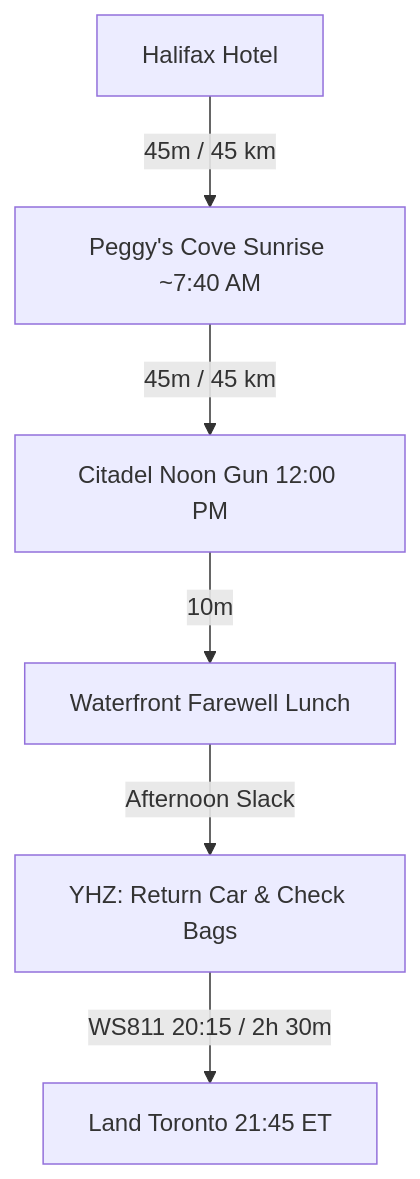
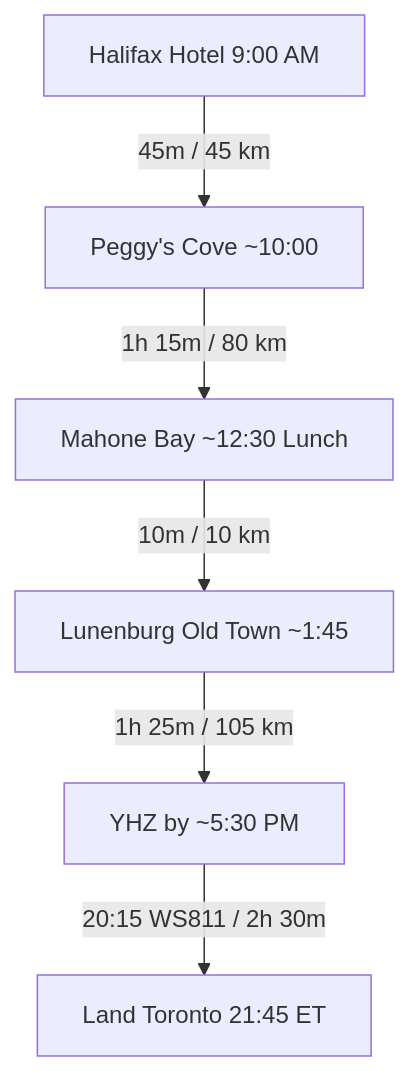
One commit to iammzz/novascotia-2026 changed the diagram in docs/day5_halifax_peggys_cove.md. Above: the diagram before and after it, drawn with Mermaid. The commit also changed other lines of this file and 6 other files, not shown here.

Commit message:
Add Mahone Bay + Lunenburg UNESCO loop to Day 5: Peggy's Cove -> Mahone Bay -> Lunenburg -> YHZ; drop Citadel noon gun from return day

````diff
--- a/docs/day5_halifax_peggys_cove.md
+++ b/docs/day5_halifax_peggys_cove.md
@@ -35,8 +34,8 @@
 ```mermaid
 graph TD
-    A[Halifax Hotel] -->|45m / 45 km| B[Peggy's Cove Sunrise ~7:40 AM]
-    B -->|45m / 45 km| C[Citadel Noon Gun 12:00 PM]
-    C -->|10m| D[Waterfront Farewell Lunch]
-    D -->|Afternoon Slack| E[YHZ: Return Car & Check Bags]
-    E -->|WS811 20:15 / 2h 30m| F[Land Toronto 21:45 ET]
+    A[Halifax Hotel 9:00 AM] -->|45m / 45 km| B[Peggy's Cove ~10:00]
+    B -->|1h 15m / 80 km| C[Mahone Bay ~12:30 Lunch]
+    C -->|10m / 10 km| D[Lunenburg Old Town ~1:45]
+    D -->|1h 25m / 105 km| E[YHZ by ~5:30 PM]
+    E -->|20:15 WS811 / 2h 30m| F[Land Toronto 21:45 ET]
 ```
````
